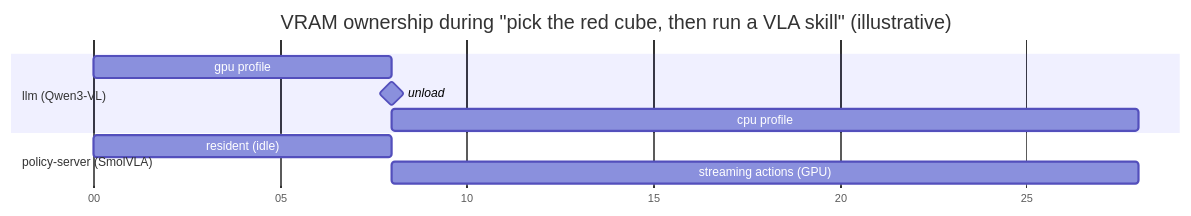
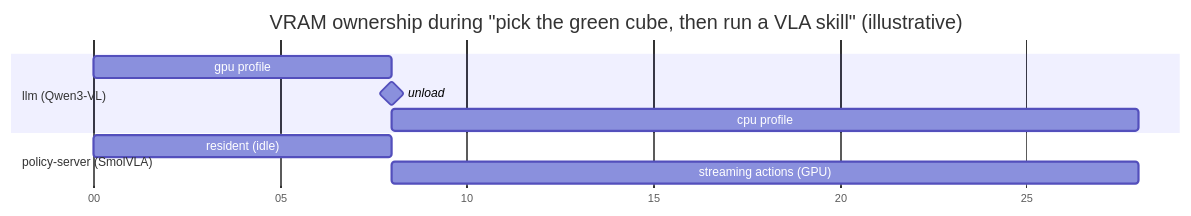
The diagram in docs/VRAM_BUDGET.md (VIGNESHM-ENGR/CogniBot-Ros2-Vla), drawn with Mermaid before and after one commit. The commit also changed 22 other files, not shown here.

First line of the commit message:
feat(sim): add robot_color switch with red default and green cube

````diff
--- a/docs/VRAM_BUDGET.md
+++ b/docs/VRAM_BUDGET.md
@@ -73,13 +73,13 @@
 ```mermaid
 gantt
   dateFormat  s
   axisFormat  %S
-  title VRAM ownership during "pick the red cube, then run a VLA skill" (illustrative)
+  title VRAM ownership during "pick the green cube, then run a VLA skill" (illustrative)
   section llm (Qwen3-VL)
   gpu profile: plan + ground   :a1, 0, 8s
   unload                       :milestone, 8, 0s
   cpu profile: monitor (optional) :a2, 8, 20s
   section policy-server (SmolVLA)
   resident (idle)              :b0, 0, 8s
   streaming actions (GPU)      :b1, 8, 20s
 ```
````
